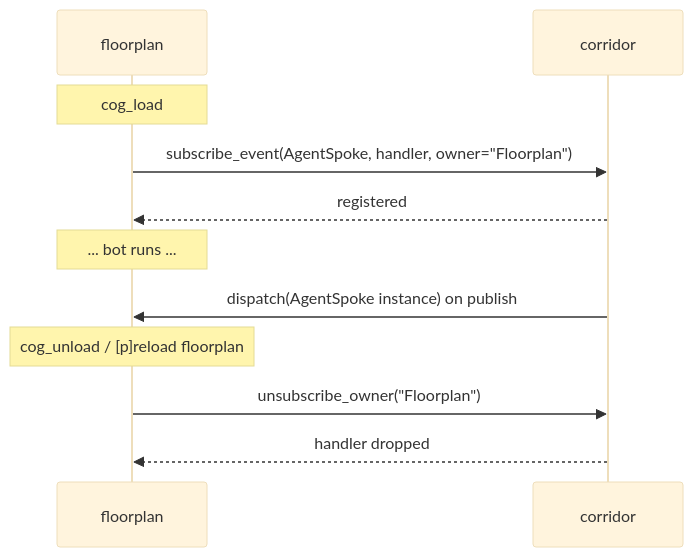
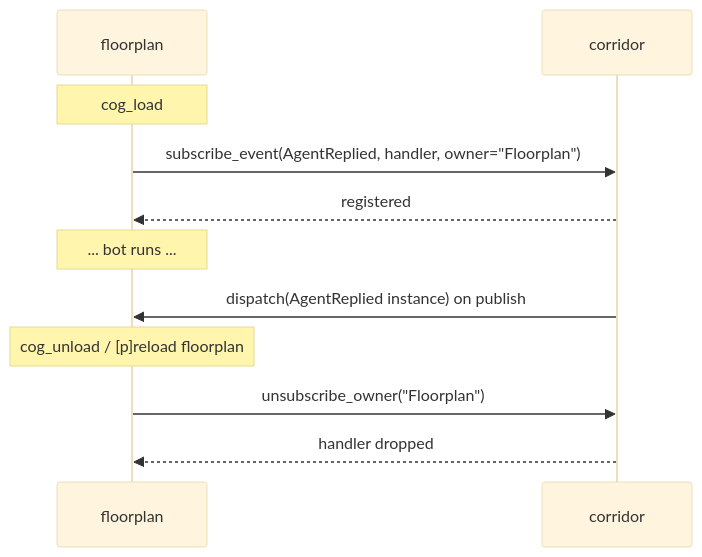
Before and after one commit to pixel-agents-hq/pixel-agents-cogs: the third of 4 diagrams in docs/corridor-pubsub-design.md, drawn with Mermaid (base theme). The commit also changed other lines of this file, not shown here.

````diff
--- a/docs/corridor-pubsub-design.md
+++ b/docs/corridor-pubsub-design.md
@@ -252,16 +342,16 @@
 ```mermaid
 sequenceDiagram
     participant FP as floorplan
     participant C as corridor
 
     Note over FP: cog_load
-    FP->>C: subscribe_event(AgentSpoke, handler, owner="Floorplan")
+    FP->>C: subscribe_event(AgentReplied, handler, owner="Floorplan")
     C-->>FP: registered
 
     Note over FP: ... bot runs ...
-    C->>FP: dispatch(AgentSpoke instance) on publish
+    C->>FP: dispatch(AgentReplied instance) on publish
 
     Note over FP: cog_unload / [p]reload floorplan
     FP->>C: unsubscribe_owner("Floorplan")
     C-->>FP: handler dropped
 ```
````
